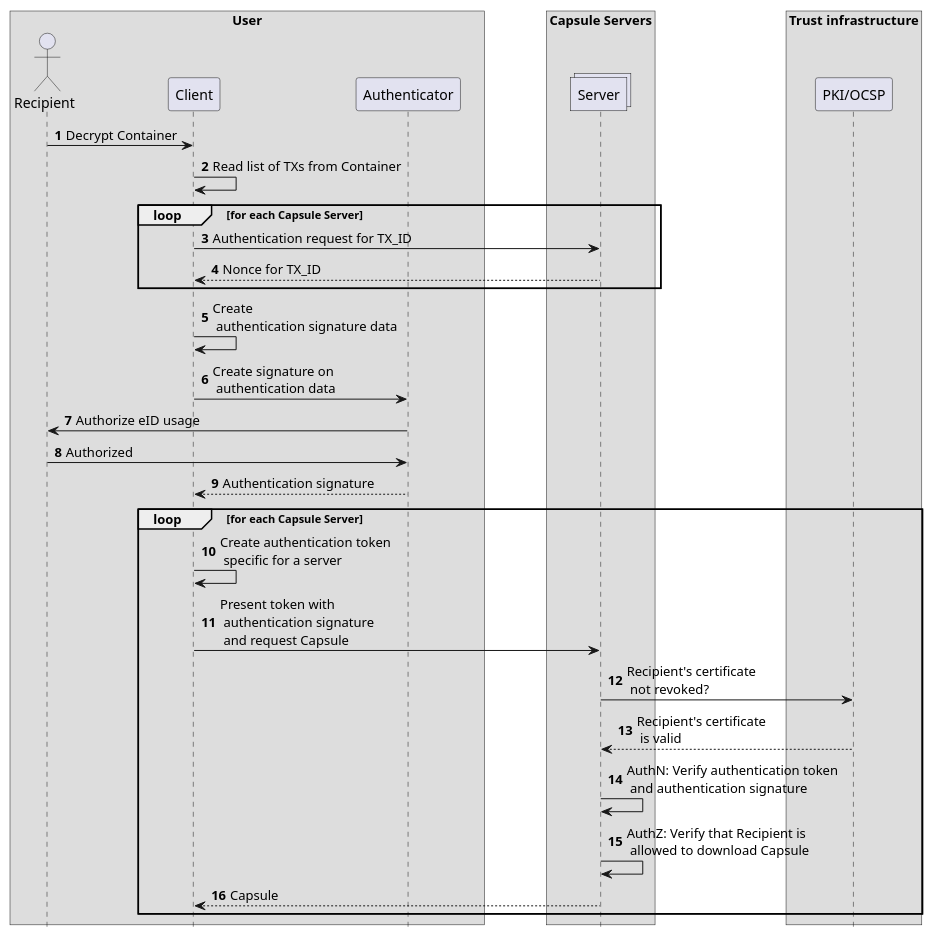
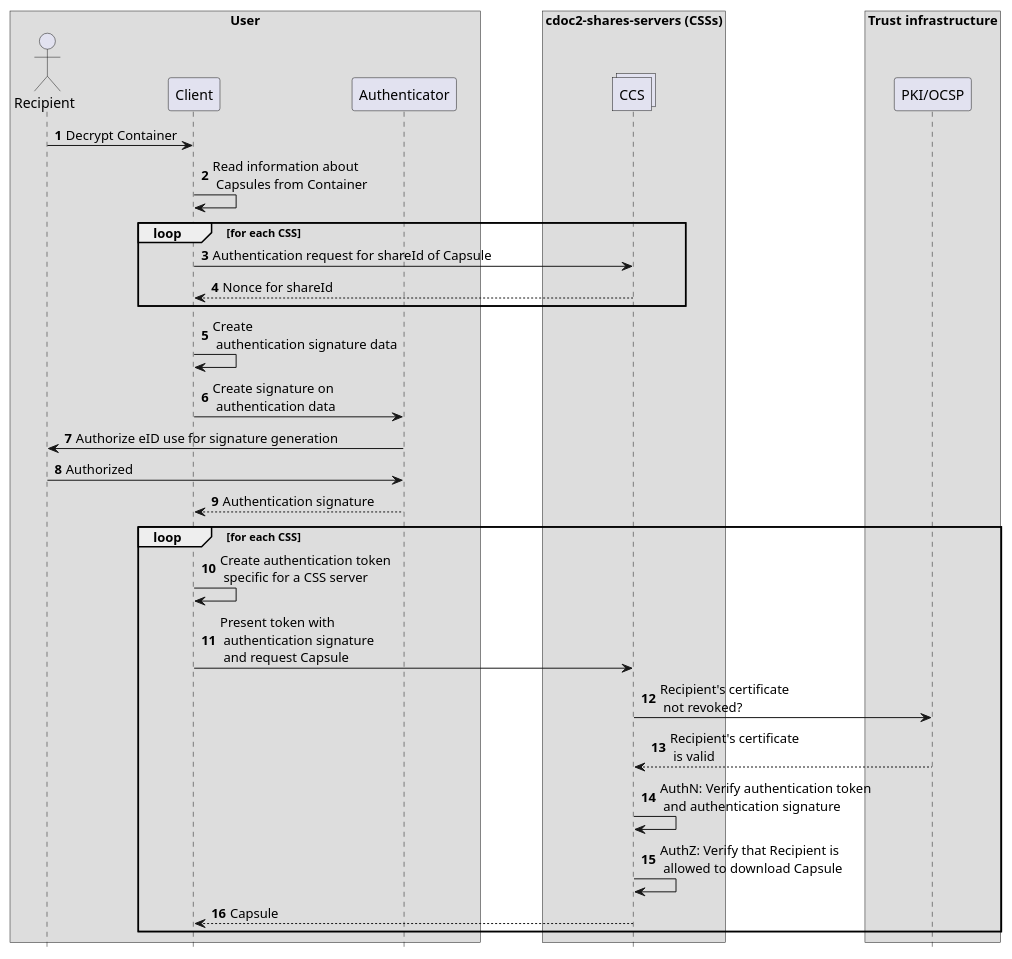
One commit to open-eid/CDOC2 changed the diagram in cdoc2-system-docs/docs/03_system_architecture/ch05_ID_authentication_protocol.md. Above: the diagram before and after it, drawn with PlantUML. The commit also changed other lines of this file, not shown here.

````diff
--- a/cdoc2-system-docs/docs/03_system_architecture/ch05_ID_authentication_protocol.md
+++ b/cdoc2-system-docs/docs/03_system_architecture/ch05_ID_authentication_protocol.md
@@ -34,43 +34,43 @@
 ```plantuml
 @startuml
 skinparam ParticipantPadding 20
 skinparam BoxPadding 30
 hide footbox
 autonumber
 
 box "User"
 Actor Recipient as R
 participant Client as C
 participant Authenticator as A
 end box
 
-box "Capsule Servers"
-collections Server as S
+box "cdoc2-shares-servers (CSSs)"
+collections CCS as S
 end box
 
 box "Trust infrastructure"
 participant "PKI/OCSP" as PKI
 end box
 
 R -> C: Decrypt Container
-C -> C: Read list of TXs from Container
-loop for each Capsule Server
-    C -> S: Authentication request for TX_ID
-    S --> C: Nonce for TX_ID
+C -> C: Read information about \n Capsules from Container
+loop for each CSS
+    C -> S: Authentication request for shareId of Capsule
+    S --> C: Nonce for shareId
 end
 C -> C: Create \n authentication signature data
 C -> A: Create signature on \n authentication data
-A -> R: Authorize eID usage
+A -> R: Authorize eID use for signature generation
 R -> A: Authorized
 A --> C: Authentication signature
-loop for each Capsule Server
-    C -> C: Create authentication token \n specific for a server
+loop for each CSS
+    C -> C: Create authentication token \n specific for a CSS server
     C -> S: Present token with \n authentication signature \n and request Capsule
     S -> PKI: Recipient's certificate \n not revoked?
     PKI --> S: Recipient's certificate \n is valid
     S -> S: AuthN: Verify authentication token \n and authentication signature
     S -> S: AuthZ: Verify that Recipient is \n allowed to download Capsule
     S --> C: Capsule
 end
 @enduml
 ```
````
